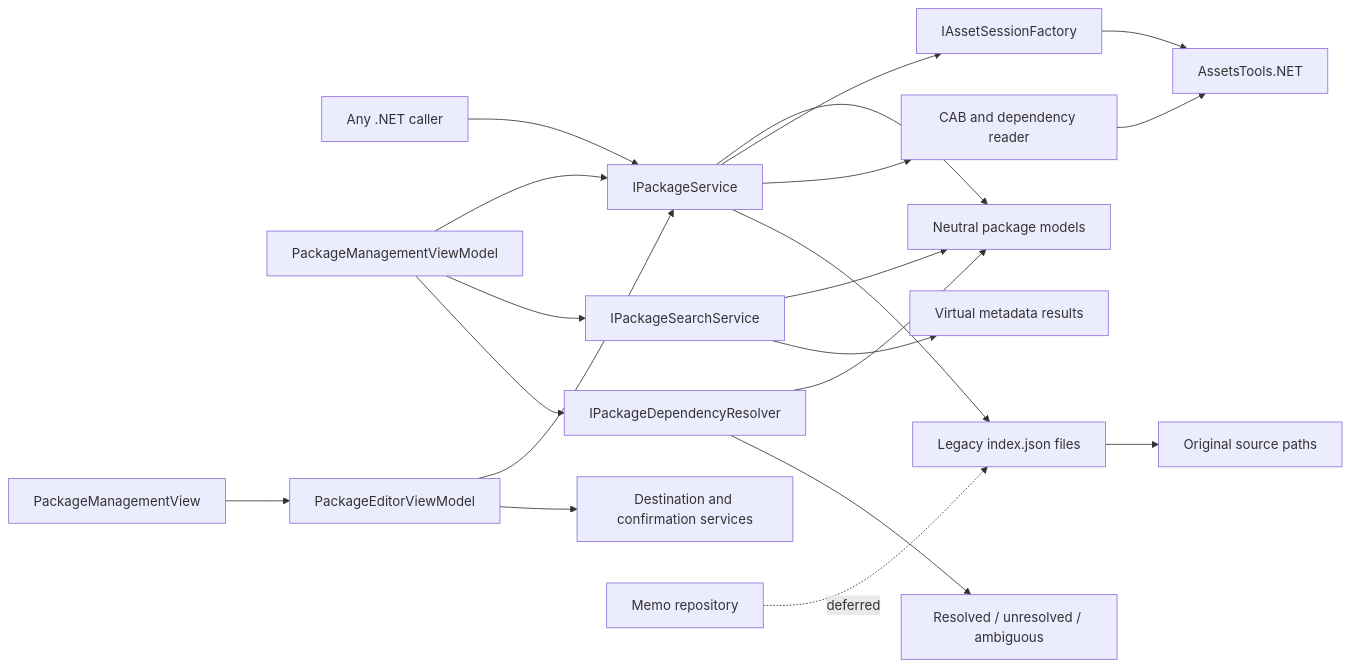
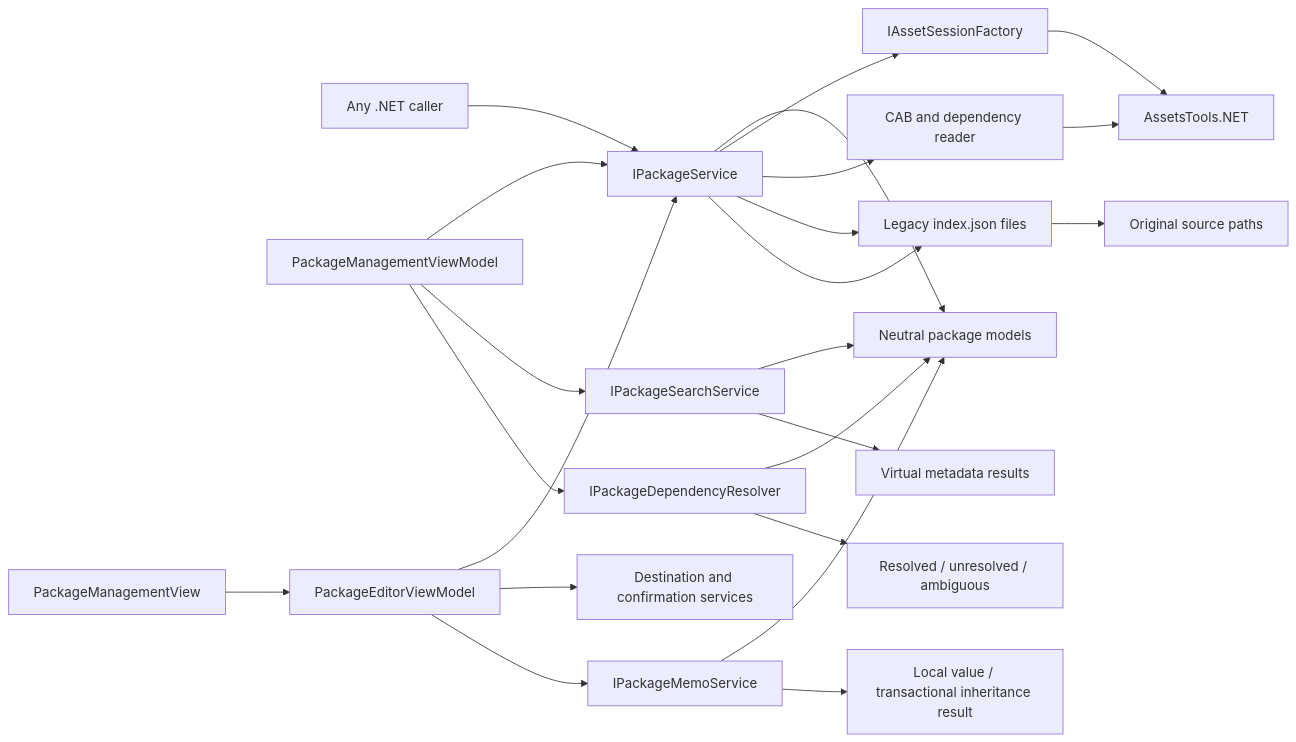
One commit to PapayaModding/UABS changed the first of 8 diagrams in Avalonia/docs/04_systems/package-search-dependency-memo.md. Above: the diagram before and after it, drawn with Mermaid. The commit also changed other lines of this file and 94 other files, not shown here.

````diff
--- a/Avalonia/docs/04_systems/package-search-dependency-memo.md
+++ b/Avalonia/docs/04_systems/package-search-dependency-memo.md
@@ -30,23 +30,26 @@
 ```mermaid
 flowchart LR
     Caller["Any .NET caller"] --> Service["IPackageService"]
     Service --> Models["Neutral package models"]
     Service --> Sessions["IAssetSessionFactory"]
     Service --> Metadata["CAB and dependency reader"]
     Sessions --> ATN["AssetsTools.NET"]
     Metadata --> ATN
     Service --> JSON["Legacy index.json files"]
     JSON --> Original["Original source paths"]
 
     Search["IPackageSearchService"] --> Models
     Search --> Results["Virtual metadata results"]
     Dependency["IPackageDependencyResolver"] --> Models
     Dependency --> DirectResults["Resolved / unresolved / ambiguous"]
+    Memo["IPackageMemoService"] --> Models
+    Memo --> MemoResult["Local value / transactional inheritance result"]
     PackageUI["PackageManagementViewModel"] --> Service
     Editor["PackageEditorViewModel"] --> Service
     Editor --> Confirm["Destination and confirmation services"]
     PackageUI --> Search
     PackageUI --> Dependency
-    Memo["Memo repository"] -. deferred .-> JSON
+    Editor --> Memo
+    Service --> JSON
     UI["PackageManagementView"] --> Editor
 ```
````
